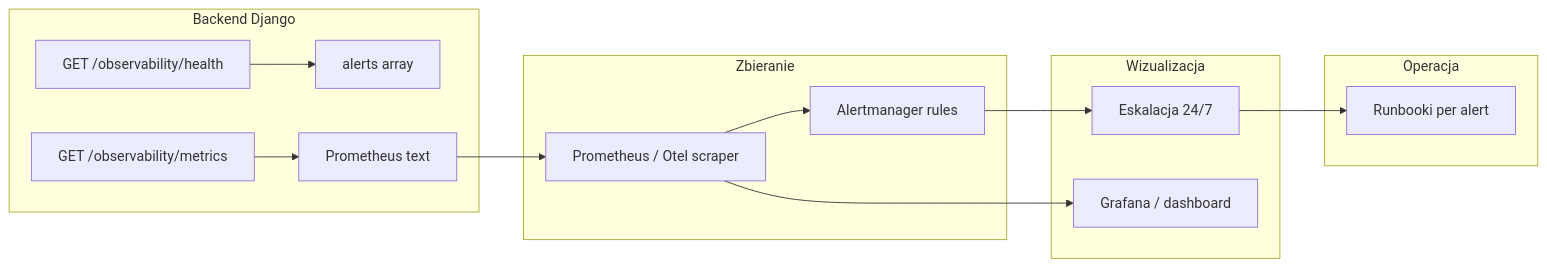
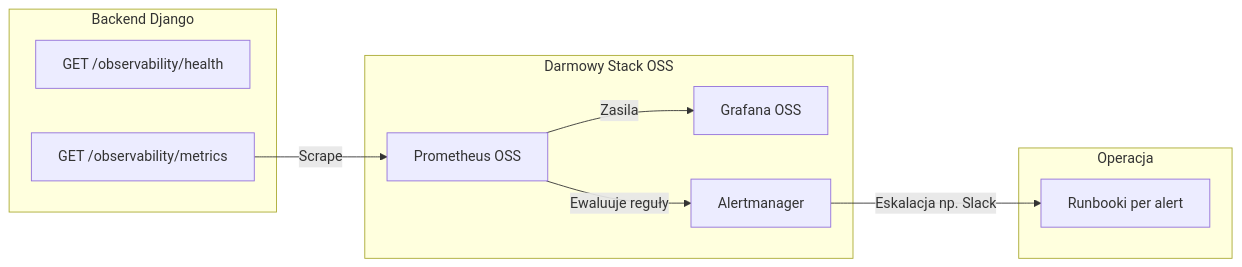
Before and after one commit to piotrpopiolek/cogitomedic: the diagram in .cursor/plans/observability_wdrożenie.plan.md, drawn with Mermaid. The commit also changed other lines of this file and 7 other files, not shown here.

````diff
--- a/.cursor/plans/observability_wdrożenie.plan.md
+++ b/.cursor/plans/observability_wdrożenie.plan.md
@@ -36,21 +43,20 @@
 ```mermaid
 flowchart LR
   subgraph backend [Backend Django]
     Health[GET /observability/health]
     Metrics[GET /observability/metrics]
-    Health --> Alerts[alerts array]
-    Metrics --> Prom[Prometheus text]
   end
-  subgraph scraping [Zbieranie]
-    Prom --> Scraper[Prometheus / Otel scraper]
-    Scraper --> Rules[Alertmanager rules]
-  end
-  subgraph dash [Wizualizacja]
-    Rules --> Notify[Eskalacja 24/7]
-    Scraper --> Grafana[Grafana / dashboard]
+  subgraph monitoring [Darmowy Stack OSS]
+    Prom[Prometheus OSS]
+    Graf[Grafana OSS]
+    AlertM[Alertmanager]
   end
   subgraph docs [Operacja]
     Runbooks[Runbooki per alert]
-    Notify --> Runbooks
   end
+  
+  Metrics -->|Scrape| Prom
+  Prom -->|Zasila| Graf
+  Prom -->|Ewaluuje reguły| AlertM
+  AlertM -->|Eskalacja np. Slack| Runbooks
 ```
````
